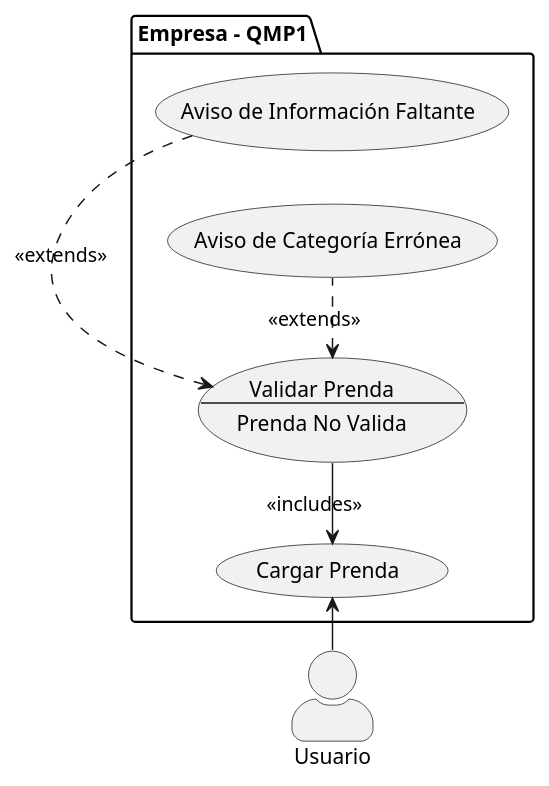
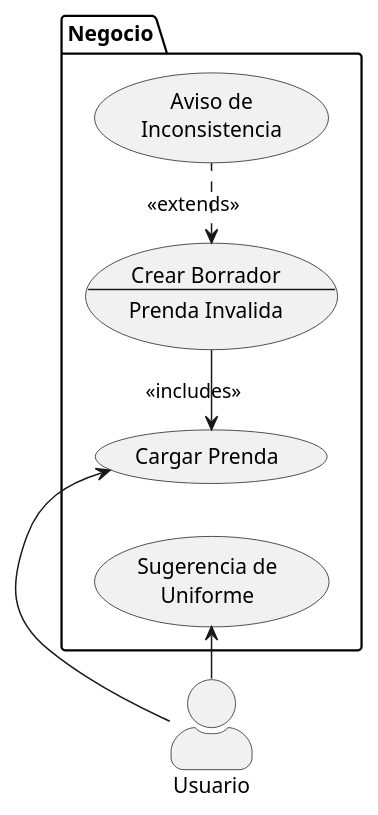
The diagram in Diagrama.puml (JulianBuffoni/QMP), drawn with PlantUML before and after one commit. The commit also changed 2 other files, not shown here.

```diff
--- a/Diagrama.puml
+++ b/Diagrama.puml
@@ -1,23 +1,26 @@
 @startuml
 /'
 DOCUMENTACIÓN: https://plantuml.com/use-case-diagram
 NOTA: GITHUB no renderiza este tipo de diagramas, sacar screenshot
 '/
 
+/'QMP1'/
+
 skinparam actorStyle awesome
 "Usuario" as U
 
-package "Empresa - QMP1" {
+package "Negocio" {
 left to right direction
 usecase UC2 as (Cargar Prenda)
-usecase UC3 as "Validar Prenda
---
-Prenda No Valida"
-
+usecase UC3 as "Crear Borrador
+---
+Prenda Invalida"
+usecase UC4 as "Sugerencia de\nUniforme"
 U -> UC2
 UC2 <- UC3 : <<includes>>
-UC3 <.(Aviso de Información Faltante) :<<extends>> /'Posible cambio de nombre'/
-UC3 <.(Aviso de Categoría Errónea) :<<extends>> /'Posible cambio de nombre'/
+UC3 <.(Aviso de\nInconsistencia) :<<extends>>
+U -> UC4
+
 
 }
 @enduml
```
